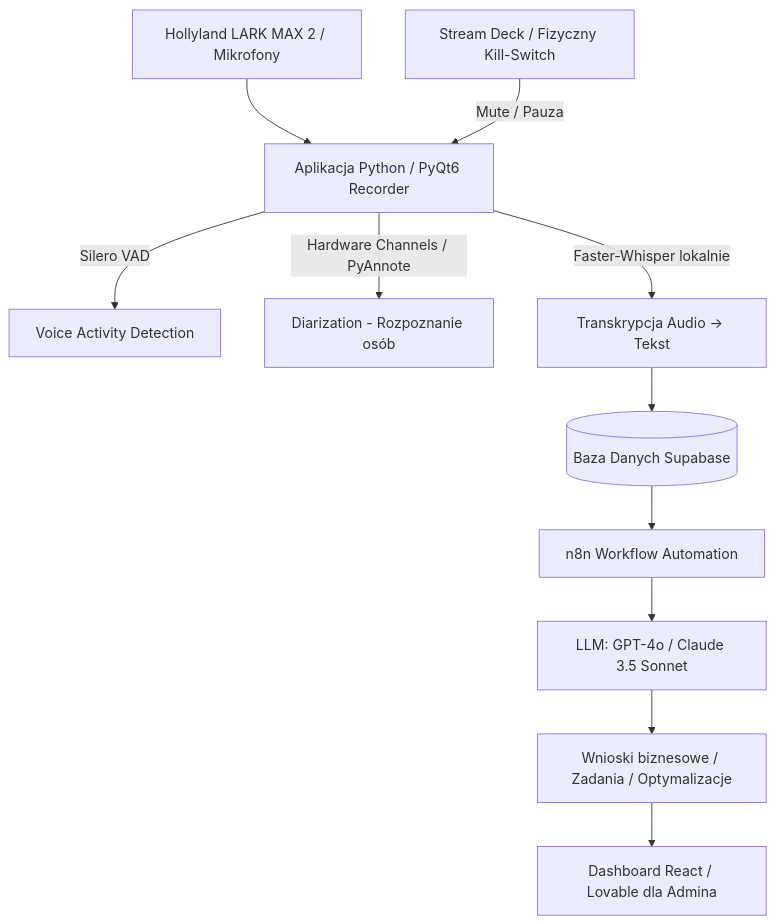
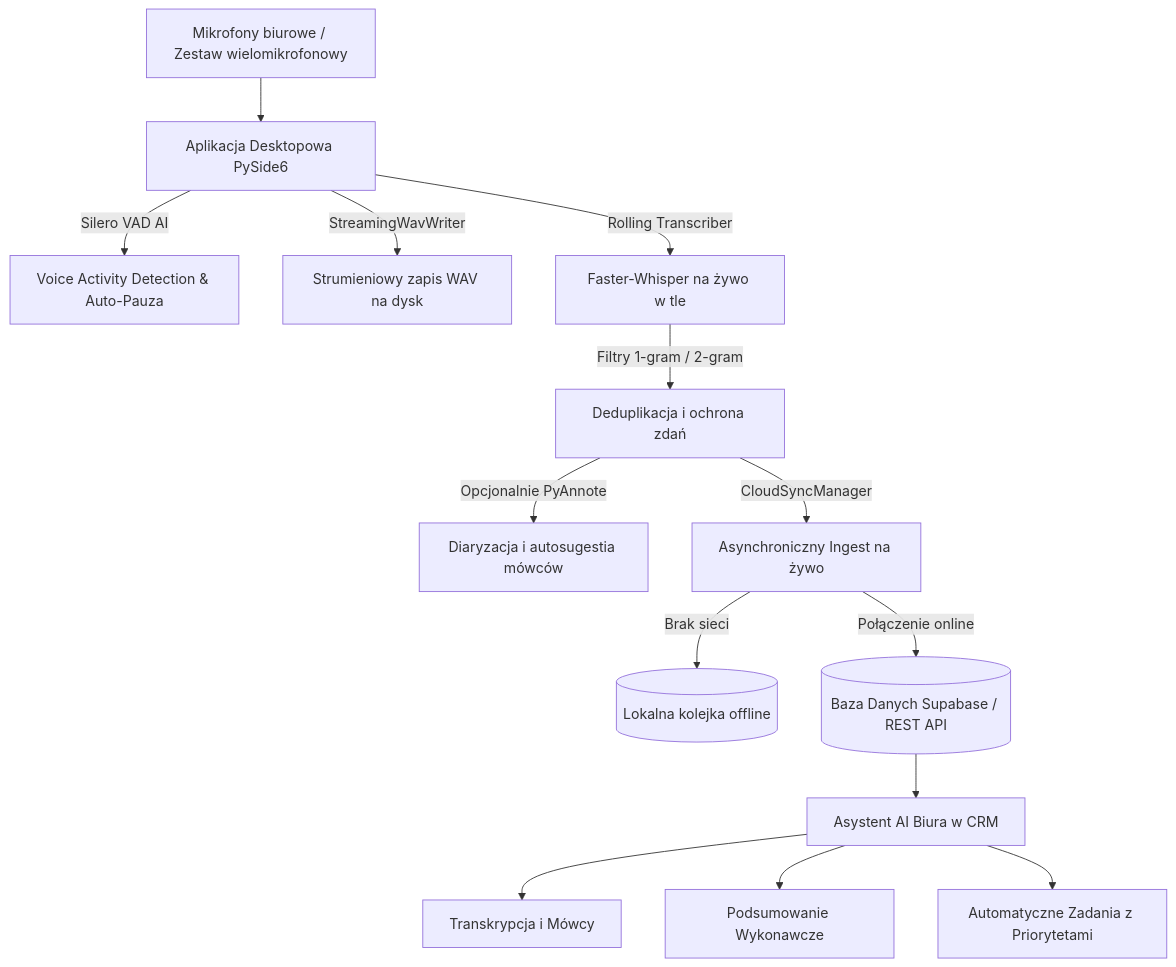
One commit to igorkozielek/recorder67 changed the diagram in PROJECT_GOAL.md. Above: the diagram before and after it, drawn with Mermaid. The commit also changed other lines of this file and 2 other files, not shown here.

Commit message:
docs: update README and PROJECT_GOAL with PySide6, cloud sync architecture, and safe generic configs

````diff
--- a/PROJECT_GOAL.md
+++ b/PROJECT_GOAL.md
@@ -29,13 +23,16 @@
 ```mermaid
 graph TD
-    A[Hollyland LARK MAX 2 / Mikrofony] --> B[Aplikacja Python / PyQt6 Recorder]
-    B -->|Silero VAD| C[Voice Activity Detection]
-    B -->|Hardware Channels / PyAnnote| D[Diarization - Rozpoznanie osób]
-    B -->|Faster-Whisper lokalnie| E[Transkrypcja Audio -> Tekst]
-    E --> F[(Baza Danych Supabase)]
-    G[Stream Deck / Fizyczny Kill-Switch] -->|Mute / Pauza| B
-    F --> H[n8n Workflow Automation]
-    H --> I[LLM: GPT-4o / Claude 3.5 Sonnet]
-    I --> J[Wnioski biznesowe / Zadania / Optymalizacje]
-    J --> K[Dashboard React / Lovable dla Admina]
+    A[Mikrofony biurowe / Zestaw wielomikrofonowy] --> B[Aplikacja Desktopowa PySide6]
+    B -->|Silero VAD AI| C[Voice Activity Detection & Auto-Pauza]
+    B -->|StreamingWavWriter| D[Strumieniowy zapis WAV na dysk]
+    B -->|Rolling Transcriber| E[Faster-Whisper na żywo w tle]
+    E -->|Filtry 1-gram / 2-gram| F[Deduplikacja i ochrona zdań]
+    F -->|Opcjonalnie PyAnnote| G[Diaryzacja i autosugestia mówców]
+    F -->|CloudSyncManager| H[Asynchroniczny Ingest na żywo]
+    H -->|Brak sieci| I[(Lokalna kolejka offline)]
+    H -->|Połączenie online| J[(Baza Danych Supabase / REST API)]
+    J --> K[Asystent AI Biura w CRM]
+    K --> L[Transkrypcja i Mówcy]
+    K --> M[Podsumowanie Wykonawcze]
+    K --> N[Automatyczne Zadania z Priorytetami]
 ```
````
